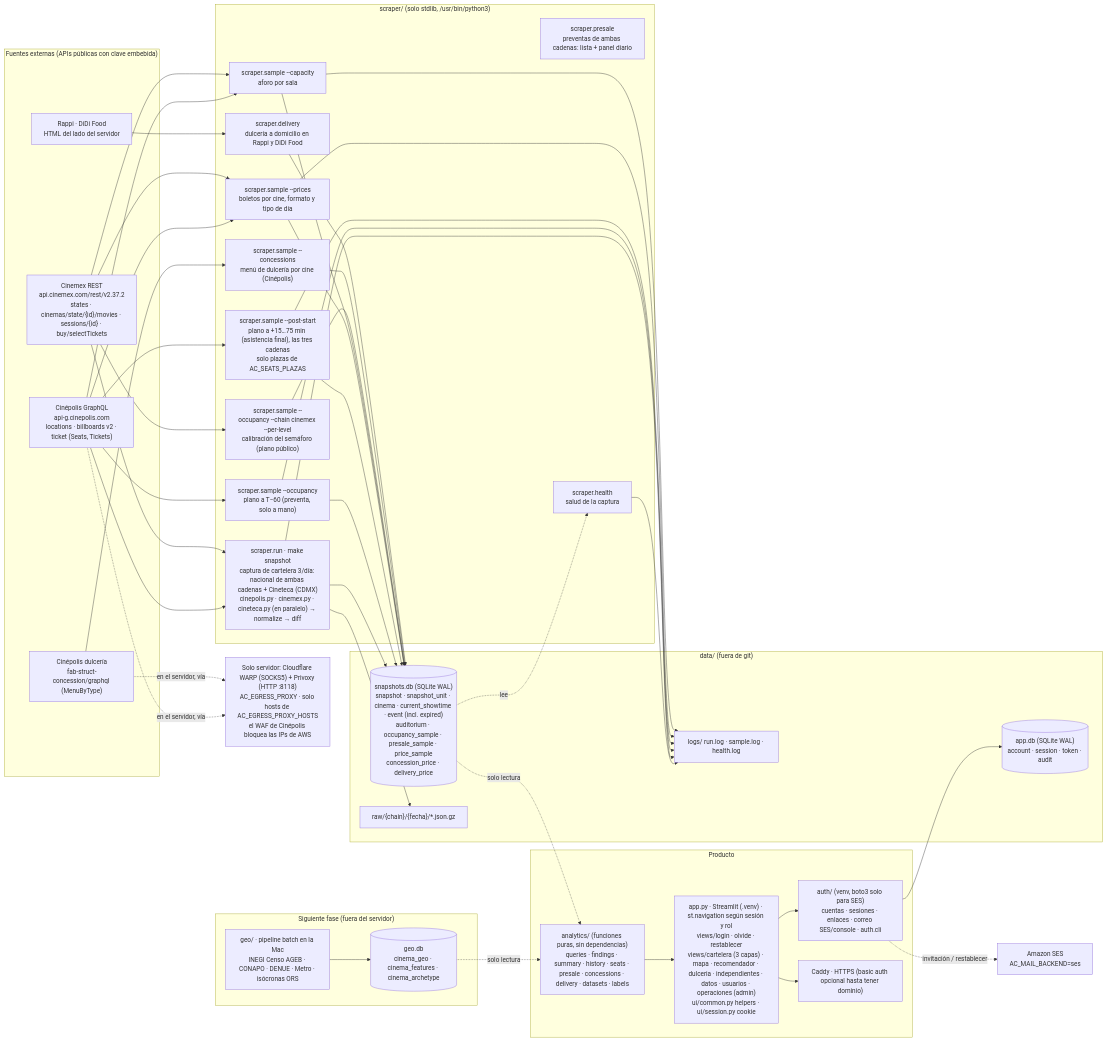
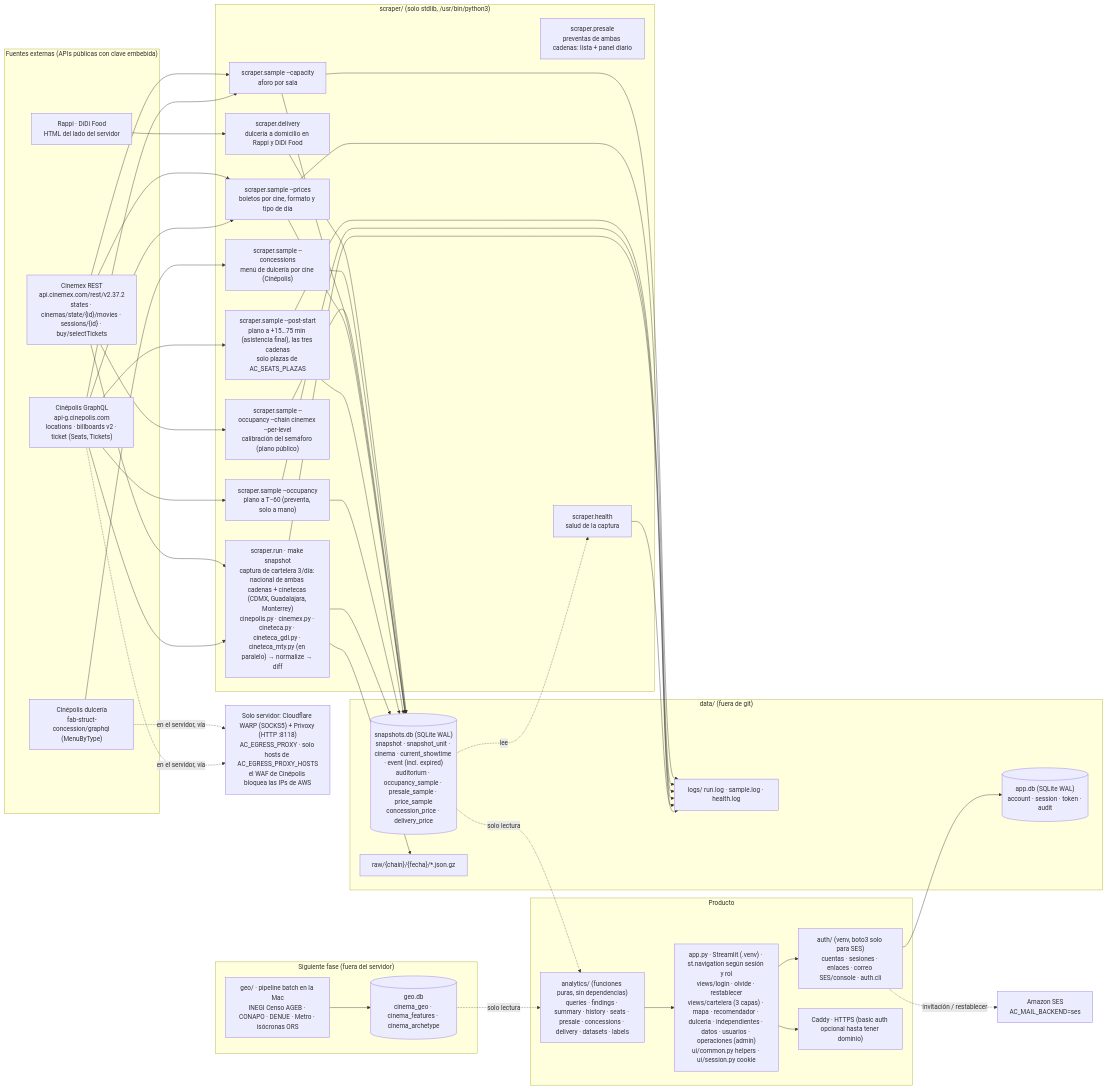
One commit to David-Lazaro-Fernandez/absolut-cinema changed the diagram in ARCHITECTURE.md. Above: the diagram before and after it, drawn with Mermaid. The commit also changed other lines of this file and 29 other files, not shown here.

First line of the commit message:
Cinetecas: Guadalajara y Monterrey capturadas, y precio de las tres en ¿A dónde ir?

````diff
--- a/ARCHITECTURE.md
+++ b/ARCHITECTURE.md
@@ -9,61 +9,61 @@
 ```mermaid
 flowchart LR
     subgraph fuentes["Fuentes externas (APIs públicas con clave embebida)"]
         CPL["Cinépolis GraphQL<br/>api-g.cinepolis.com<br/>locations · billboards v2 · ticket (Seats, Tickets)"]
         CMX["Cinemex REST<br/>api.cinemex.com/rest/v2.37.2<br/>states · cinemas/state/{id}/movies · sessions/{id} · buy/selectTickets"]
         CPF["Cinépolis dulcería<br/>fab-struct-concession/graphql (MenuByType)"]
         DEL["Rappi · DiDi Food<br/>HTML del lado del servidor"]
     end
 
     WARP["Solo servidor: Cloudflare WARP (SOCKS5) + Privoxy (HTTP :8118)<br/>AC_EGRESS_PROXY · solo hosts de AC_EGRESS_PROXY_HOSTS<br/>el WAF de Cinépolis bloquea las IPs de AWS"]
 
     subgraph scraper["scraper/ (solo stdlib, /usr/bin/python3)"]
-        RUN["scraper.run · make snapshot<br/>captura de cartelera 3/día: nacional de ambas cadenas + Cineteca (CDMX)<br/>cinepolis.py · cinemex.py · cineteca.py (en paralelo) → normalize → diff"]
+        RUN["scraper.run · make snapshot<br/>captura de cartelera 3/día: nacional de ambas cadenas + cinetecas (CDMX, Guadalajara, Monterrey)<br/>cinepolis.py · cinemex.py · cineteca.py · cineteca_gdl.py · cineteca_mty.py (en paralelo) → normalize → diff"]
         OCC["scraper.sample --occupancy<br/>plano a T−60 (preventa, solo a mano)"]
         POST["scraper.sample --post-start<br/>plano a +15…75 min (asistencia final), las tres cadenas<br/>solo plazas de AC_SEATS_PLAZAS"]
         PRE["scraper.presale<br/>preventas de ambas cadenas: lista + panel diario"]
         PRICE["scraper.sample --prices<br/>boletos por cine, formato y tipo de día"]
         CAP["scraper.sample --capacity<br/>aforo por sala"]
         CAL["scraper.sample --occupancy --chain cinemex --per-level<br/>calibración del semáforo (plano público)"]
         CONC["scraper.sample --concessions<br/>menú de dulcería por cine (Cinépolis)"]
         DLV["scraper.delivery<br/>dulcería a domicilio en Rappi y DiDi Food"]
         HEALTH["scraper.health<br/>salud de la captura"]
     end
 
     subgraph datos["data/ (fuera de git)"]
         DB[("snapshots.db (SQLite WAL)<br/>snapshot · snapshot_unit · cinema · current_showtime · event (incl. expired)<br/>auditorium · occupancy_sample · presale_sample · price_sample<br/>concession_price · delivery_price")]
         APPDB[("app.db (SQLite WAL)<br/>account · session · token · audit")]
         RAW["raw/{chain}/{fecha}/*.json.gz"]
         LOGS["logs/ run.log · sample.log · health.log"]
     end
 
     subgraph producto["Producto"]
         AN["analytics/ (funciones puras, sin dependencias)<br/>queries · findings · summary · history · seats · presale · concessions · delivery · datasets · labels"]
         AUTH["auth/ (venv, boto3 solo para SES)<br/>cuentas · sesiones · enlaces · correo SES/console · auth.cli"]
         APP["app.py · Streamlit (.venv) · st.navigation según sesión y rol<br/>views/login · olvide · restablecer<br/>views/cartelera (3 capas) · mapa · recomendador · dulceria · independientes · datos · usuarios · operaciones (admin)<br/>ui/common.py helpers · ui/session.py cookie"]
         CADDY["Caddy · HTTPS (basic auth opcional hasta tener dominio)"]
     end
 
     CPL -. en el servidor, vía .-> WARP
     CPF -. en el servidor, vía .-> WARP
     CPL --> RUN
     CMX --> RUN
     CPL --> OCC & POST & PRICE & CAP
     CMX --> PRICE & CAP & CAL
     CPF --> CONC
     DEL --> DLV
     RUN --> DB & RAW
     OCC & POST & PRICE & CAP & CAL & CONC & DLV --> DB
     DB -. lee .-> HEALTH
     HEALTH --> LOGS
     RUN & OCC & POST & PRICE & CAP --> LOGS
     DB -. solo lectura .-> AN --> APP --> CADDY
     APP --> AUTH --> APPDB
     AUTH -. invitación / restablecer .-> SES["Amazon SES<br/>AC_MAIL_BACKEND=ses"]
 
     subgraph futuro["Siguiente fase (fuera del servidor)"]
         GEO["geo/ · pipeline batch en la Mac<br/>INEGI Censo AGEB · CONAPO · DENUE · Metro · isócronas ORS"]
         GEODB[("geo.db<br/>cinema_geo · cinema_features · cinema_archetype")]
     end
     GEO --> GEODB -. solo lectura .-> AN
 ```
````
